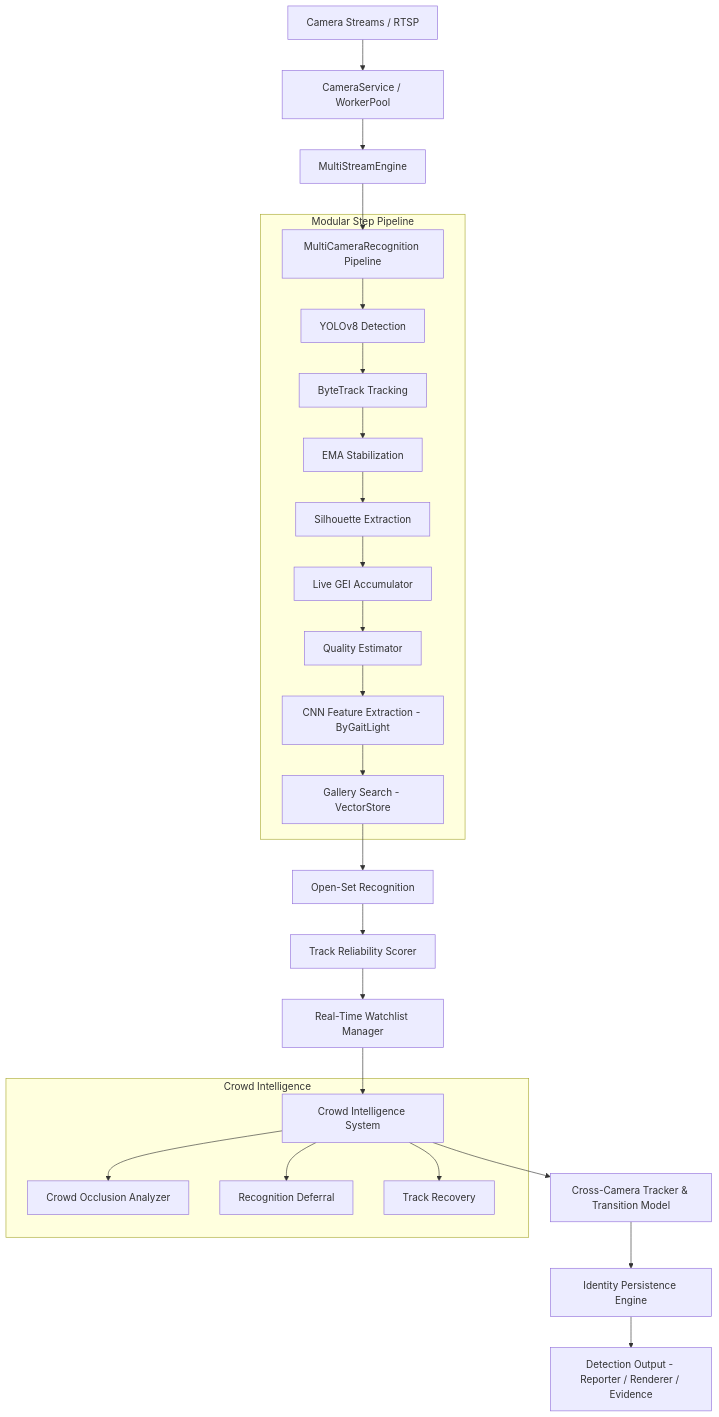
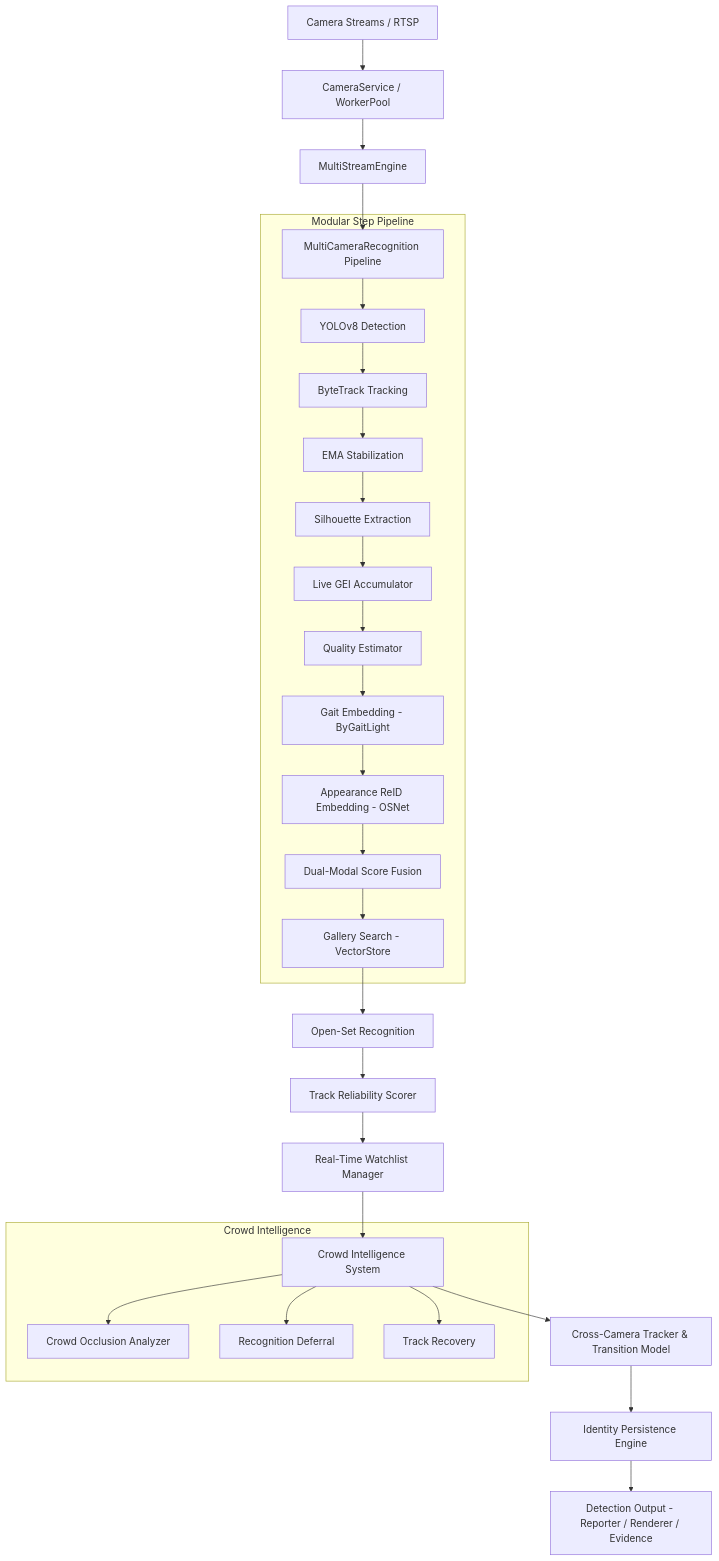
Before and after one commit to chanuka8/argus-gait-recognition: the diagram in README.md, drawn with Mermaid. The commit also changed 11 other files, not shown here.

Commit message:
feat: add adaptive dual-modal gait and appearance fusion

````diff
--- a/README.md
+++ b/README.md
@@ -86,32 +86,34 @@
 ```mermaid
 graph TD
     RTSP[Camera Streams / RTSP] --> CS[CameraService / WorkerPool]
     CS --> MSE[MultiStreamEngine]
     MSE --> MCR[MultiCameraRecognition Pipeline]
     
     subgraph Modular Step Pipeline
         MCR --> DET[YOLOv8 Detection]
         DET --> TRK[ByteTrack Tracking]
         TRK --> EMA[EMA Stabilization]
         EMA --> SIL[Silhouette Extraction]
         SIL --> GEI[Live GEI Accumulator]
         GEI --> QUA[Quality Estimator]
-        QUA --> FEA[CNN Feature Extraction - ByGaitLight]
-        FEA --> MAT[Gallery Search - VectorStore]
+        QUA --> FEA[Gait Embedding - ByGaitLight]
+        FEA --> APP[Appearance ReID Embedding - OSNet]
+        APP --> FUS[Dual-Modal Score Fusion]
+        FUS --> MAT[Gallery Search - VectorStore]
     end
 
     MAT --> OSR[Open-Set Recognition]
     OSR --> TRS[Track Reliability Scorer]
     TRS --> WLM[Real-Time Watchlist Manager]
     WLM --> CIS[Crowd Intelligence System]
     
     subgraph Crowd Intelligence
         CIS --> COA[Crowd Occlusion Analyzer]
         CIS --> RDE[Recognition Deferral]
         CIS --> TRM[Track Recovery]
     end
 
     CIS --> CCT[Cross-Camera Tracker & Transition Model]
     CCT --> IDP[Identity Persistence Engine]
     IDP --> REP[Detection Output - Reporter / Renderer / Evidence]
 ```
````
